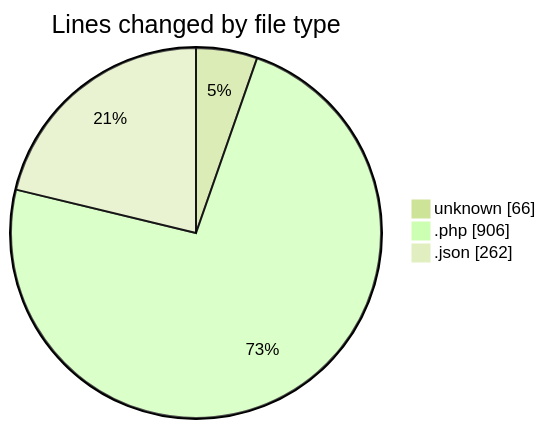
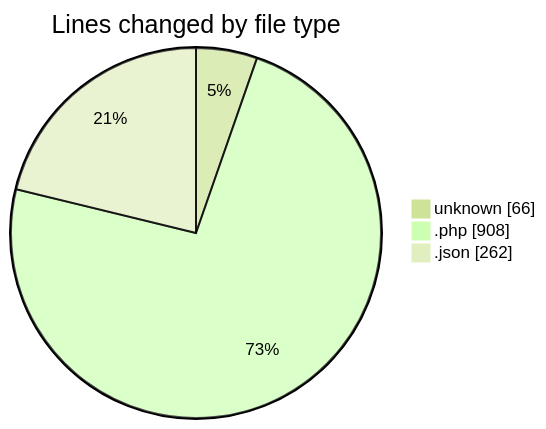
One commit to idhammustaqopulfikri/code-tracking changed the first of 2 diagrams in 2025-11-08/futsal/README.md. Above: the diagram before and after it, drawn with Mermaid (forest theme). The commit also changed other lines of this file and 1 other file, not shown here.

````diff
--- a/2025-11-08/futsal/README.md
+++ b/2025-11-08/futsal/README.md
@@ -31,7 +31,7 @@
 ```mermaid
 pie showData
 title Lines changed by file type
 "unknown" : 66
-".php" : 906
+".php" : 908
 ".json" : 262
 ```
````
